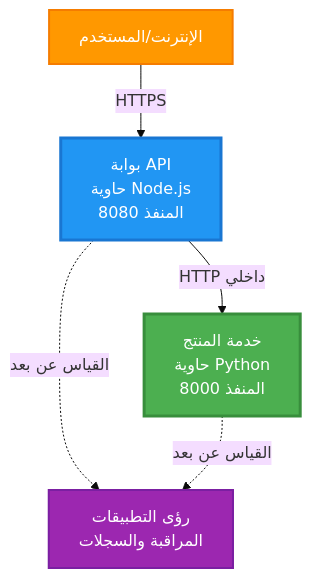
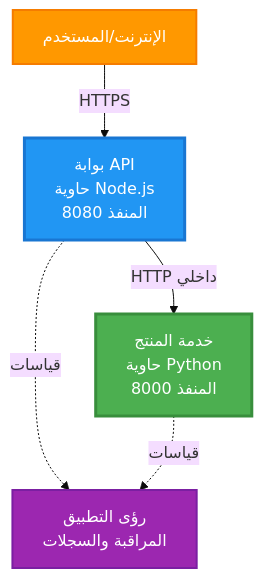
One commit to microsoft/AZD-for-beginners changed the first of 4 diagrams in translations/ar/examples/microservices/README.md. Above: the diagram before and after it, drawn with Mermaid (base theme). The commit also changed other lines of this file and 242 other files, not shown here.

````diff
--- a/translations/ar/examples/microservices/README.md
+++ b/translations/ar/examples/microservices/README.md
@@ -40,17 +31,17 @@
 ```mermaid
 graph TB
     Internet[الإنترنت/المستخدم]
     Gateway[بوابة API<br/>حاوية Node.js<br/>المنفذ 8080]
     Product[خدمة المنتج<br/>حاوية Python<br/>المنفذ 8000]
-    AppInsights[رؤى التطبيقات<br/>المراقبة والسجلات]
+    AppInsights[رؤى التطبيق<br/>المراقبة والسجلات]
     
     Internet -->|HTTPS| Gateway
     Gateway -->|HTTP داخلي| Product
-    Gateway -.->|القياس عن بعد| AppInsights
-    Product -.->|القياس عن بعد| AppInsights
+    Gateway -.->|قياسات| AppInsights
+    Product -.->|قياسات| AppInsights
     
     style Gateway fill:#2196F3,stroke:#1976D2,stroke-width:3px,color:#fff
     style Product fill:#4CAF50,stroke:#388E3C,stroke-width:3px,color:#fff
     style Internet fill:#FF9800,stroke:#F57C00,stroke-width:2px,color:#fff
     style AppInsights fill:#9C27B0,stroke:#7B1FA2,stroke-width:2px,color:#fff
 ```
````
